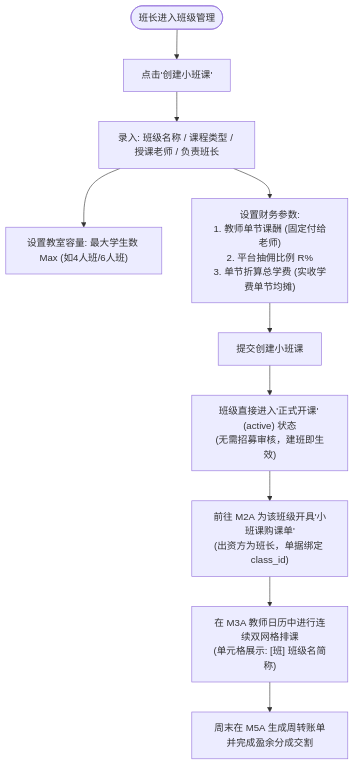
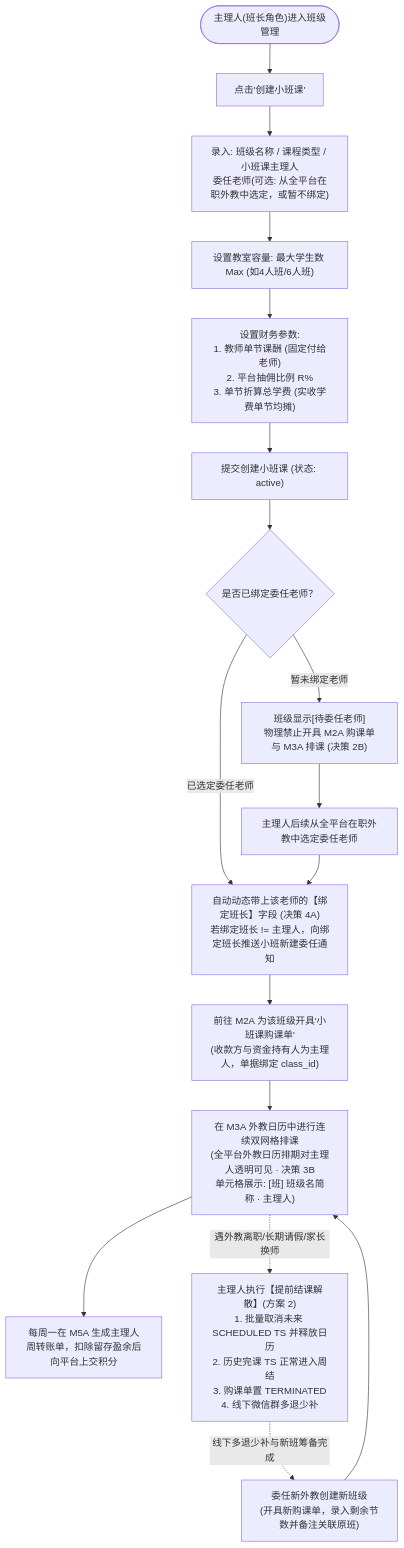
The diagram in docs/prd/m1c_classes.md (Onezao/dream), drawn with Mermaid before and after one commit. The commit also changed other lines of this file and 32 other files, not shown here.

````diff
--- a/docs/prd/m1c_classes.md
+++ b/docs/prd/m1c_classes.md
@@ -50,14 +55,24 @@
 ```mermaid
 flowchart TD
-    Start(["班长进入班级管理"]) --> CreateClick["点击'创建小班课'"]
-    CreateClick --> InputConfig["录入: 班级名称 / 课程类型 / 授课老师 / 负责班长"]
+    Start(["主理人(班长角色)进入班级管理"]) --> CreateClick["点击'创建小班课'"]
+    CreateClick --> InputConfig["录入: 班级名称 / 课程类型 / 小班课主理人\n委任老师(可选: 从全平台在职外教中选定，或暂不绑定)"]
     InputConfig --> SetCapacity["设置教室容量: 最大学生数 Max (如4人班/6人班)"]
-    InputConfig --> SetFinance["设置财务参数:\n1. 教师单节课酬 (固定付给老师)\n2. 平台抽佣比例 R%\n3. 单节折算总学费 (实收学费单节均摊)"]
+    SetCapacity --> SetFinance["设置财务参数:\n1. 教师单节课酬 (固定付给老师)\n2. 平台抽佣比例 R%\n3. 单节折算总学费 (实收学费单节均摊)"]
     
-    SetFinance --> SubmitClass["提交创建小班课"]
-    SubmitClass --> StatusActive["班级直接进入'正式开课' (active) 状态\n(无需招募审核，建班即生效)"]
+    SetFinance --> SubmitClass["提交创建小班课 (状态: active)"]
+    SubmitClass --> CheckTeacherBound{"是否已绑定委任老师？"}
     
-    StatusActive --> PurchaseOrder["前往 M2A 为该班级开具'小班课购课单'\n(出资方为班长，单据绑定 class_id)"]
-    PurchaseOrder --> ScheduleCalendar["在 M3A 教师日历中进行连续双网格排课\n(单元格展示: [班] 班级名简称)"]
-    ScheduleCalendar --> WeeklySettlement["周末在 M5A 生成周转账单并完成盈余分成交割"]
+    CheckTeacherBound -- "暂未绑定老师" --> BlockOrderAndSched["班级显示[待委任老师]\n物理禁止开具 M2A 购课单与 M3A 排课 (决策 2B)"]
+    BlockOrderAndSched --> AppointLater["主理人后续从全平台在职外教中选定委任老师"]
+    
+    CheckTeacherBound -- "已选定委任老师" --> AutoLinkMonitor["自动动态带上该老师的【绑定班长】字段 (决策 4A)\n若绑定班长 != 主理人，向绑定班长推送小班新建委任通知"]
+    AppointLater --> AutoLinkMonitor
+    
+    AutoLinkMonitor --> PurchaseOrder["前往 M2A 为该班级开具'小班课购课单'\n(收款方与资金持有人为主理人，单据绑定 class_id)"]
+    PurchaseOrder --> ScheduleCalendar["在 M3A 外教日历中进行连续双网格排课\n(全平台外教日历排期对主理人透明可见 · 决策 3B\n单元格展示: [班] 班级名简称 · 主理人)"]
+    ScheduleCalendar --> WeeklySettlement["每周一在 M5A 生成主理人周转账单，扣除留存盈余后向平台上交积分"]
+    
+    ScheduleCalendar -. "遇外教离职/长期请假/家长换师" .-> EarlyTerm["主理人执行【提前结课解散】(方案 2)\n1. 批量取消未来 SCHEDULED TS 并释放日历\n2. 历史完课 TS 正常进入周结\n3. 购课单置 TERMINATED\n4. 线下微信群多退少补"]
+    EarlyTerm -. "线下多退少补与新班筹备完成" .-> CreateNewClass["委任新外教创建新班级\n(开具新购课单，录入剩余节数并备注关联原班)"]
+    CreateNewClass --> ScheduleCalendar
 ```
````
